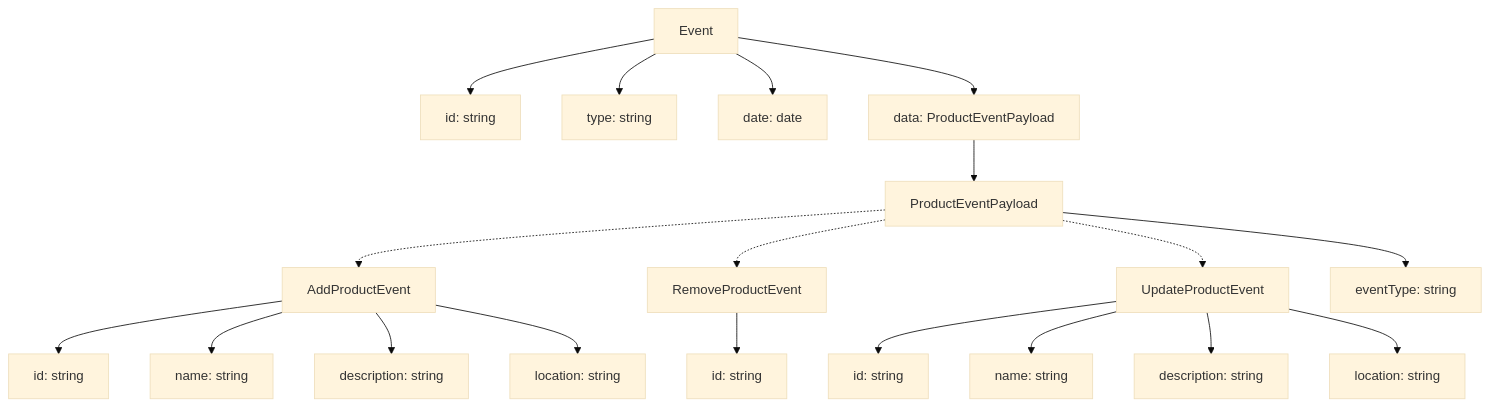
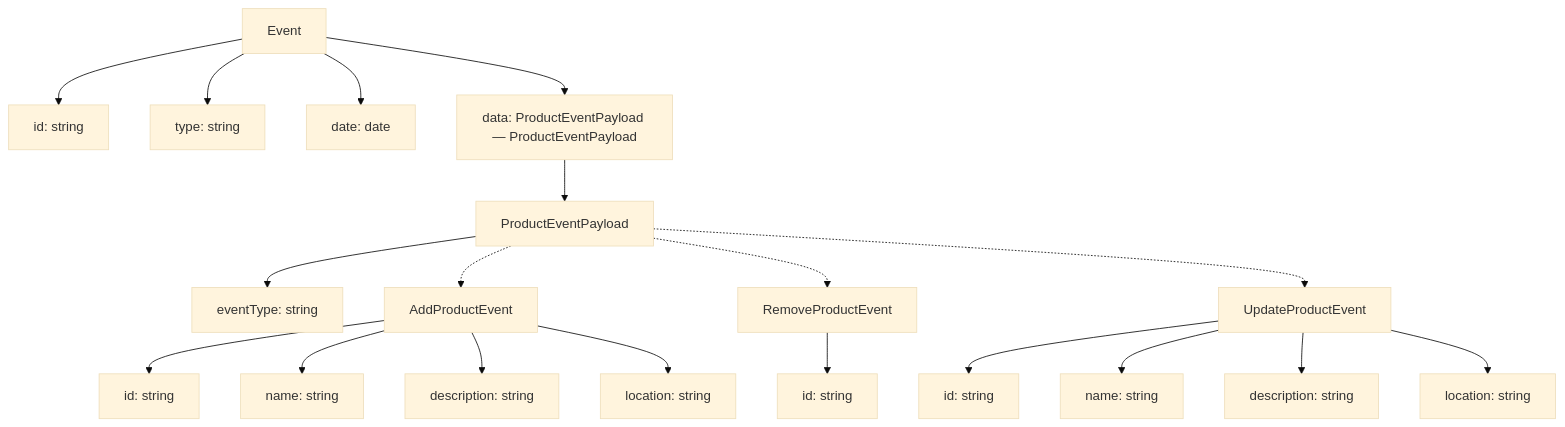
Before and after one commit to kothar/zod-mermaid: diagram 13 of 19 in examples/mermaid-examples.md, drawn with Mermaid (base theme). The commit also changed other lines of this file and 21 other files, not shown here.

Commit message:
fix: correct Mermaid syntax and expand Zod type support (#5)

````diff
--- a/examples/mermaid-examples.md
+++ b/examples/mermaid-examples.md
@@ -437,40 +453,40 @@
 ```mermaid
 flowchart TD
     Event["Event"]
+    Event_id["id: string"]
+    Event --> Event_id
+    Event_type["type: string"]
+    Event --> Event_type
+    Event_date["date: date"]
+    Event --> Event_date
+    Event_data["data: ProductEventPayload — ProductEventPayload"]
+    Event --> Event_data
+    Event_data --> ProductEventPayload
     ProductEventPayload["ProductEventPayload"]
+    ProductEventPayload_eventType["eventType: string"]
+    ProductEventPayload --> ProductEventPayload_eventType
     AddProductEvent["AddProductEvent"]
+    AddProductEvent_id["id: string"]
+    AddProductEvent --> AddProductEvent_id
+    AddProductEvent_name["name: string"]
+    AddProductEvent --> AddProductEvent_name
+    AddProductEvent_description["description: string"]
+    AddProductEvent --> AddProductEvent_description
+    AddProductEvent_location["location: string"]
+    AddProductEvent --> AddProductEvent_location
     RemoveProductEvent["RemoveProductEvent"]
+    RemoveProductEvent_id["id: string"]
+    RemoveProductEvent --> RemoveProductEvent_id
     UpdateProductEvent["UpdateProductEvent"]
-    Event_id["id: string"]
-    Event --> Event_id["id: string"]
-    Event_type["type: string"]
-    Event --> Event_type["type: string"]
-    Event_date["date: date"]
-    Event --> Event_date["date: date"]
-    Event_data["data: ProductEventPayload"]
-    Event --> Event_data["data: ProductEventPayload"]
-    Event_data["data: ProductEventPayload"] --> ProductEventPayload
-    ProductEventPayload_eventType["eventType: string"]
-    ProductEventPayload --> ProductEventPayload_eventType["eventType: string"]
-    AddProductEvent_id["id: string"]
-    AddProductEvent --> AddProductEvent_id["id: string"]
-    AddProductEvent_name["name: string"]
-    AddProductEvent --> AddProductEvent_name["name: string"]
-    AddProductEvent_description["description: string"]
-    AddProductEvent --> AddProductEvent_description["description: string"]
-    AddProductEvent_location["location: string"]
-    AddProductEvent --> AddProductEvent_location["location: string"]
-    RemoveProductEvent_id["id: string"]
-    RemoveProductEvent --> RemoveProductEvent_id["id: string"]
     UpdateProductEvent_id["id: string"]
-    UpdateProductEvent --> UpdateProductEvent_id["id: string"]
+    UpdateProductEvent --> UpdateProductEvent_id
     UpdateProductEvent_name["name: string"]
-    UpdateProductEvent --> UpdateProductEvent_name["name: string"]
+    UpdateProductEvent --> UpdateProductEvent_name
     UpdateProductEvent_description["description: string"]
-    UpdateProductEvent --> UpdateProductEvent_description["description: string"]
+    UpdateProductEvent --> UpdateProductEvent_description
     UpdateProductEvent_location["location: string"]
-    UpdateProductEvent --> UpdateProductEvent_location["location: string"]
+    UpdateProductEvent --> UpdateProductEvent_location
     ProductEventPayload -.-> AddProductEvent
     ProductEventPayload -.-> RemoveProductEvent
     ProductEventPayload -.-> UpdateProductEvent
 ```
````
